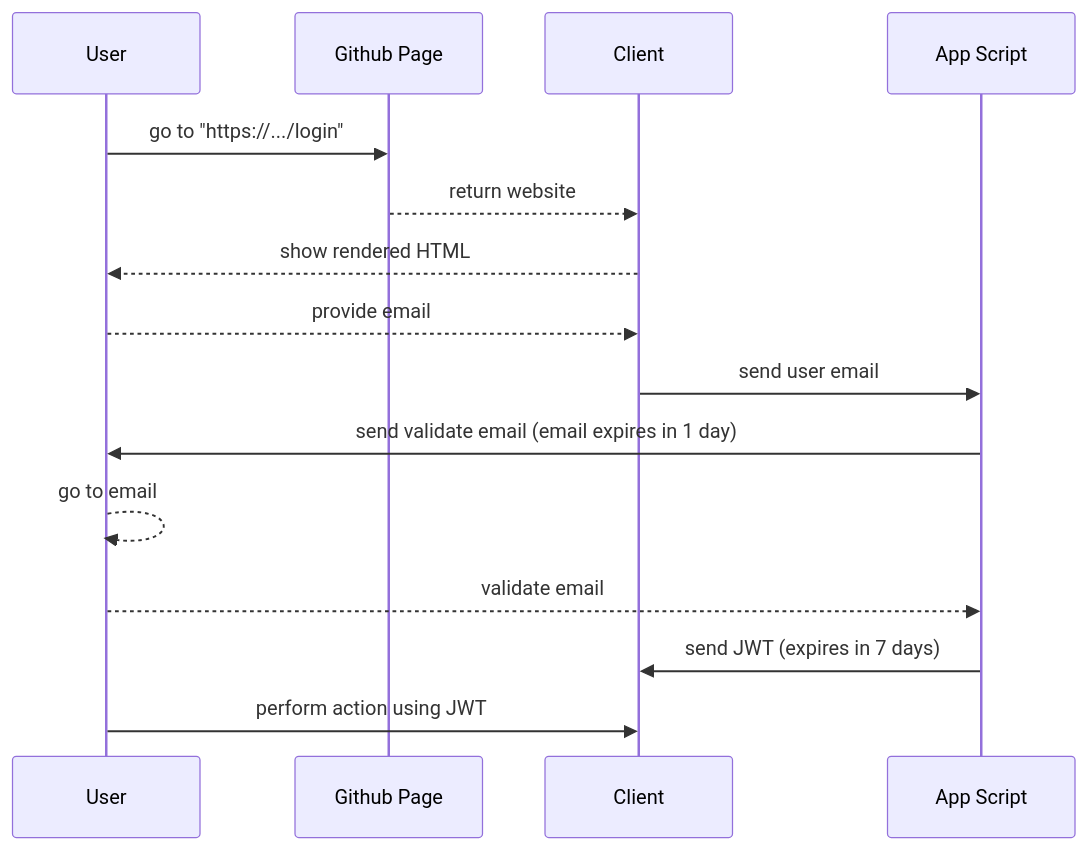
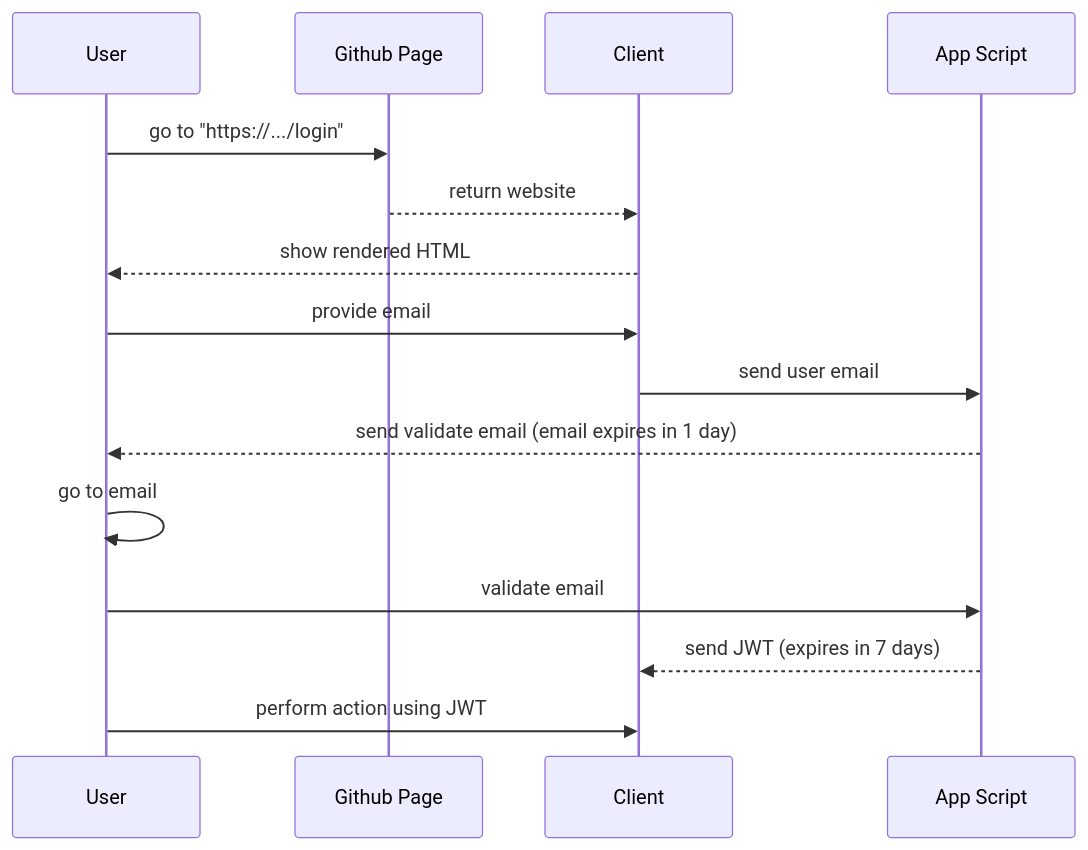
One commit to daovietanh190499/Shopsmon changed the ninth of 9 diagrams in README.md. Above: the diagram before and after it, drawn with Mermaid.

````diff
--- a/README.md
+++ b/README.md
@@ -197,13 +197,13 @@
 ```mermaid
 sequenceDiagram
 User ->> Github Page: go to "https://.../login"
 Github Page -->> Client: return website
 Client -->> User: show rendered HTML
-User -->> Client: provide email
+User ->> Client: provide email
 Client ->> App Script: send user email
-App Script ->> User: send validate email (email expires in 1 day)
-User -->> User: go to email
-User -->> App Script: validate email
-App Script->>Client: send JWT (expires in 7 days)
+App Script -->> User: send validate email (email expires in 1 day)
+User ->> User: go to email
+User ->> App Script: validate email
+App Script-->>Client: send JWT (expires in 7 days)
 User ->> Client: perform action using JWT
 ```
````
